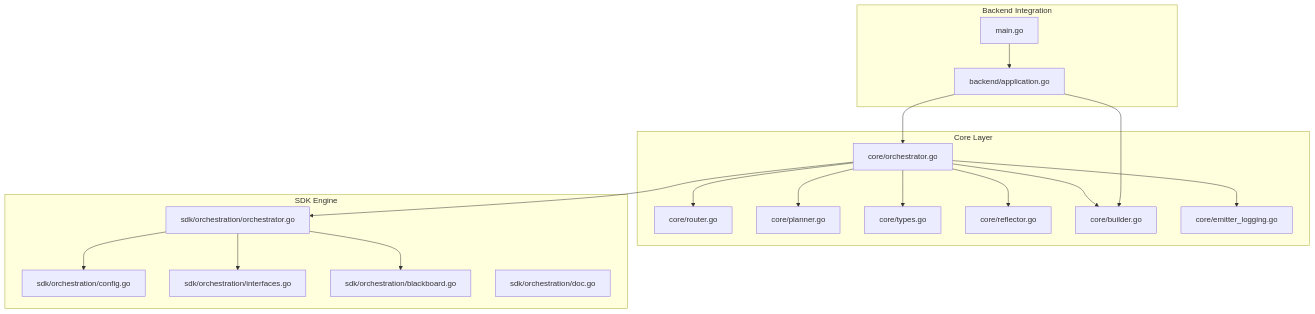
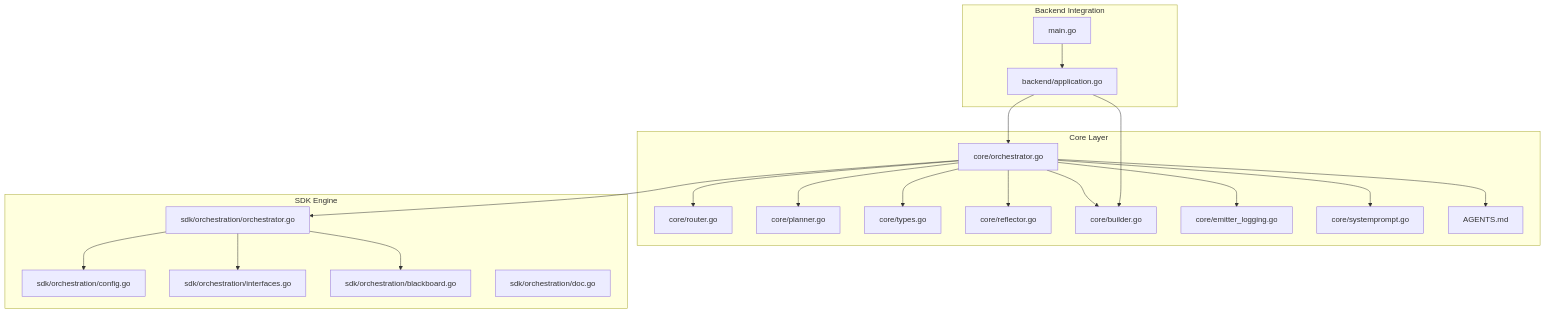
Before and after one commit to v0lka/c0wrk: the first of 13 diagrams in .qoder/repowiki/en/content/Core AI Engine/Orchestrator Architecture.md, drawn with Mermaid. The commit also changed other lines of this file and 80 other files, not shown here.

````diff
--- a/.qoder/repowiki/en/content/Core AI Engine/Orchestrator Architecture.md
+++ b/.qoder/repowiki/en/content/Core AI Engine/Orchestrator Architecture.md
@@ -42,36 +53,40 @@
 ```mermaid
 graph TB
 subgraph "Core Layer"
 CORE_ORCH["core/orchestrator.go"]
 CORE_ROUTER["core/router.go"]
 CORE_PLANNER["core/planner.go"]
 CORE_TYPES["core/types.go"]
 CORE_REFLECTOR["core/reflector.go"]
 CORE_BUILDER["core/builder.go"]
 CORE_EMIT_LOG["core/emitter_logging.go"]
+CORE_SYSPROMPT["core/systemprompt.go"]
+CORE_AGENTS["AGENTS.md"]
 end
 subgraph "SDK Engine"
 SDK_CFG["sdk/orchestration/config.go"]
 SDK_IFACES["sdk/orchestration/interfaces.go"]
 SDK_ORCH["sdk/orchestration/orchestrator.go"]
 SDK_BB["sdk/orchestration/blackboard.go"]
 SDK_DOC["sdk/orchestration/doc.go"]
 end
 subgraph "Backend Integration"
 BACK_APP["backend/application.go"]
 MAIN_GO["main.go"]
 end
 CORE_ORCH --> SDK_ORCH
 CORE_ORCH --> CORE_ROUTER
 CORE_ORCH --> CORE_PLANNER
 CORE_ORCH --> CORE_REFLECTOR
 CORE_ORCH --> CORE_TYPES
 CORE_ORCH --> CORE_BUILDER
 CORE_ORCH --> CORE_EMIT_LOG
+CORE_ORCH --> CORE_SYSPROMPT
+CORE_ORCH --> CORE_AGENTS
 SDK_ORCH --> SDK_CFG
 SDK_ORCH --> SDK_IFACES
 SDK_ORCH --> SDK_BB
 BACK_APP --> CORE_BUILDER
 BACK_APP --> CORE_ORCH
 MAIN_GO --> BACK_APP
 ```
````
